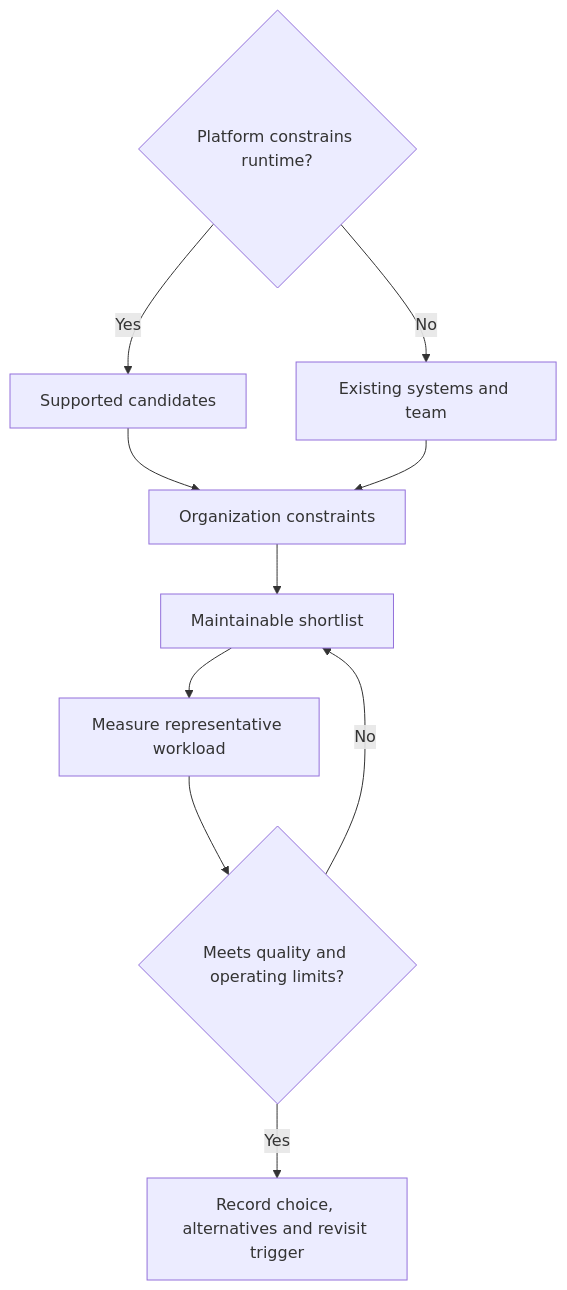
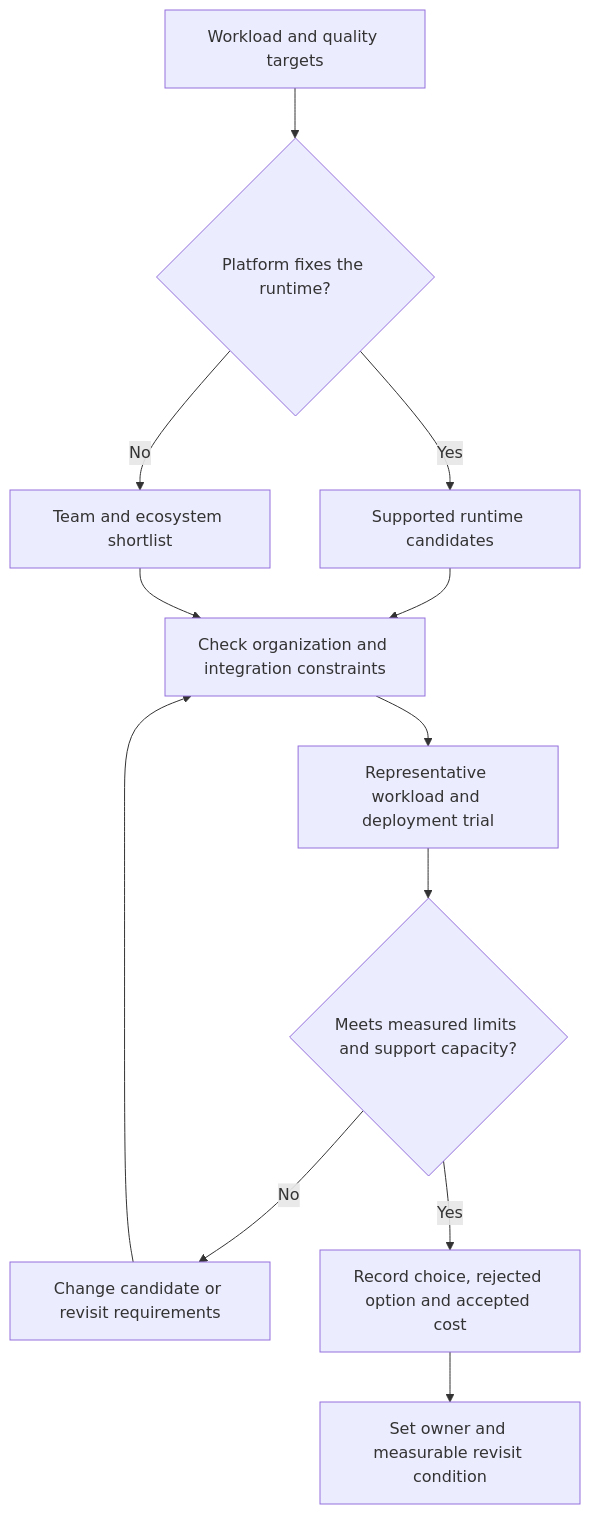
The diagram in docs/guides/LANGUAGE_SELECTION.md (Soku-JINSEOK/Soku-Convention-Boilerplate), drawn with Mermaid before and after one commit. The commit also changed other lines of this file and 118 other files, not shown here.

First line of the commit message:
📚 docs(readability): explain every document and expand flow diagrams

````diff
--- a/docs/guides/LANGUAGE_SELECTION.md
+++ b/docs/guides/LANGUAGE_SELECTION.md
@@ -9,12 +13,14 @@
 ```mermaid
 flowchart TD
-  platform{"Platform constrains runtime?"} -->|"Yes"| supported["Supported candidates"]
-  platform -->|"No"| existing["Existing systems and team"]
-  supported --> policy["Organization constraints"]
-  existing --> policy
-  policy --> shortlist["Maintainable shortlist"]
-  shortlist --> trial["Measure representative workload"]
-  trial --> fit{"Meets quality and operating limits?"}
-  fit -->|"No"| shortlist
-  fit -->|"Yes"| decision["Record choice, alternatives and revisit trigger"]
+  goal["Workload and quality targets"] --> platform{"Platform fixes the runtime?"}
+  platform -->|"Yes"| supported["Supported runtime candidates"]
+  platform -->|"No"| shortlist["Team and ecosystem shortlist"]
+  supported --> constraints["Check organization and integration constraints"]
+  shortlist --> constraints
+  constraints --> trial["Representative workload and deployment trial"]
+  trial --> fit{"Meets measured limits and support capacity?"}
+  fit -->|"No"| alternatives["Change candidate or revisit requirements"]
+  alternatives --> constraints
+  fit -->|"Yes"| decision["Record choice, rejected option and accepted cost"]
+  decision --> revisit["Set owner and measurable revisit condition"]
 ```
````
